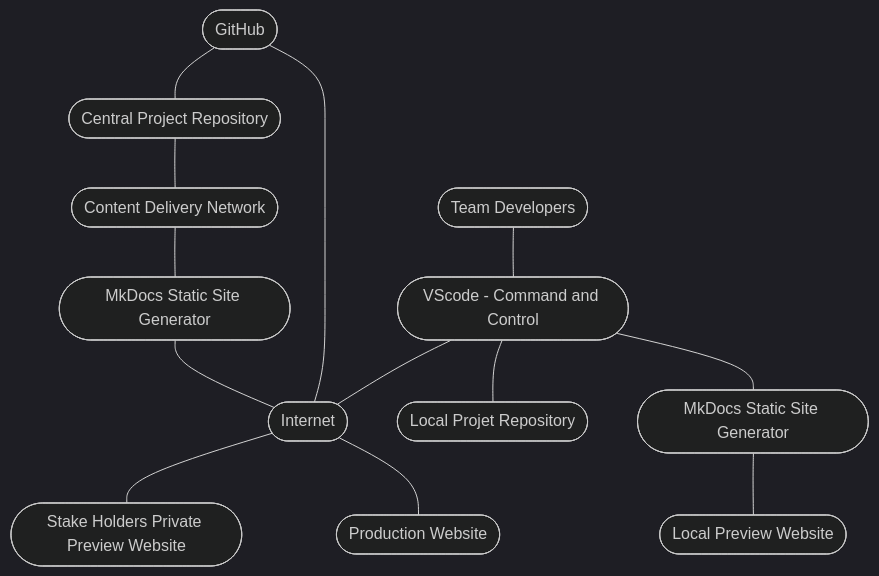
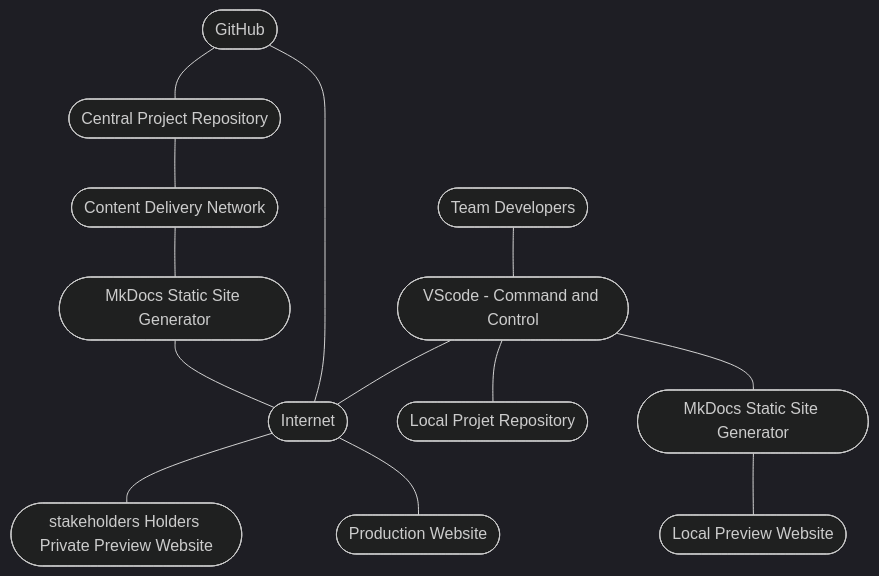
The diagram in docs/dev_stack.md (JohnTelford/mkdocs), drawn with Mermaid (dark theme) before and after one commit. The commit also changed other lines of this file and 10 other files, not shown here.

````diff
--- a/docs/dev_stack.md
+++ b/docs/dev_stack.md
@@ -13,52 +13,52 @@
 ``` mermaid
 flowchart TB
 	
 	crepo --- cdn
 
 	cdn --- mkdcdn
 
 	mkdcdn --- net
 
 	dev --- vsc 
 
 	github --- crepo
 
 	github --- net
 	
 	vsc --- lrepo
 	
 	net --- prevweb
 
 	net --- proweb
 
 	vsc --- net
 
 	vsc --- mkd
 
 	mkd --- lpreweb
 
 	dev([Team Developers])
 
 	cdn([Content Delivery Network])
 
 	crepo([Central Project Repository])
 
 	github([GitHub]) 
 
 	lrepo([Local Projet Repository])
 
 	lpreweb([Local Preview Website])
 
 	mkd([MkDocs Static Site Generator])
 
 	mkdcdn([MkDocs Static Site Generator])
 
 	net([Internet]) 
 	
-	prevweb([Stake Holders Private Preview Website])
+	prevweb([stakeholders Holders Private Preview Website])
 
 	proweb([Production Website])
 
 	vsc([VScode - Command and Control]) 
 
 ```
````
